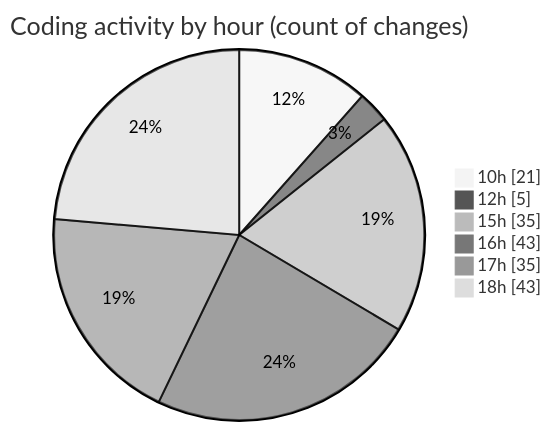
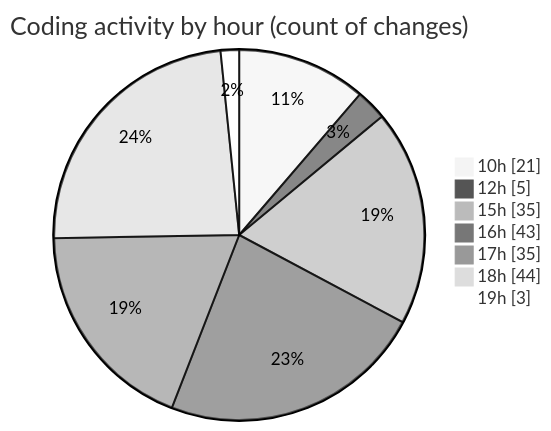
One commit to momahboobian/code-tracking changed the second of 2 diagrams in 2025-08-27/cda/README.md. Above: the diagram before and after it, drawn with Mermaid (neutral theme). The commit also changed other lines of this file and 1 other file, not shown here.

````diff
--- a/2025-08-27/cda/README.md
+++ b/2025-08-27/cda/README.md
@@ -49,10 +49,11 @@
 ```mermaid
 pie showData
 title Coding activity by hour (count of changes)
 "10h" : 21
 "12h" : 5
 "15h" : 35
 "16h" : 43
 "17h" : 35
-"18h" : 43
+"18h" : 44
+"19h" : 3
 ```
````
